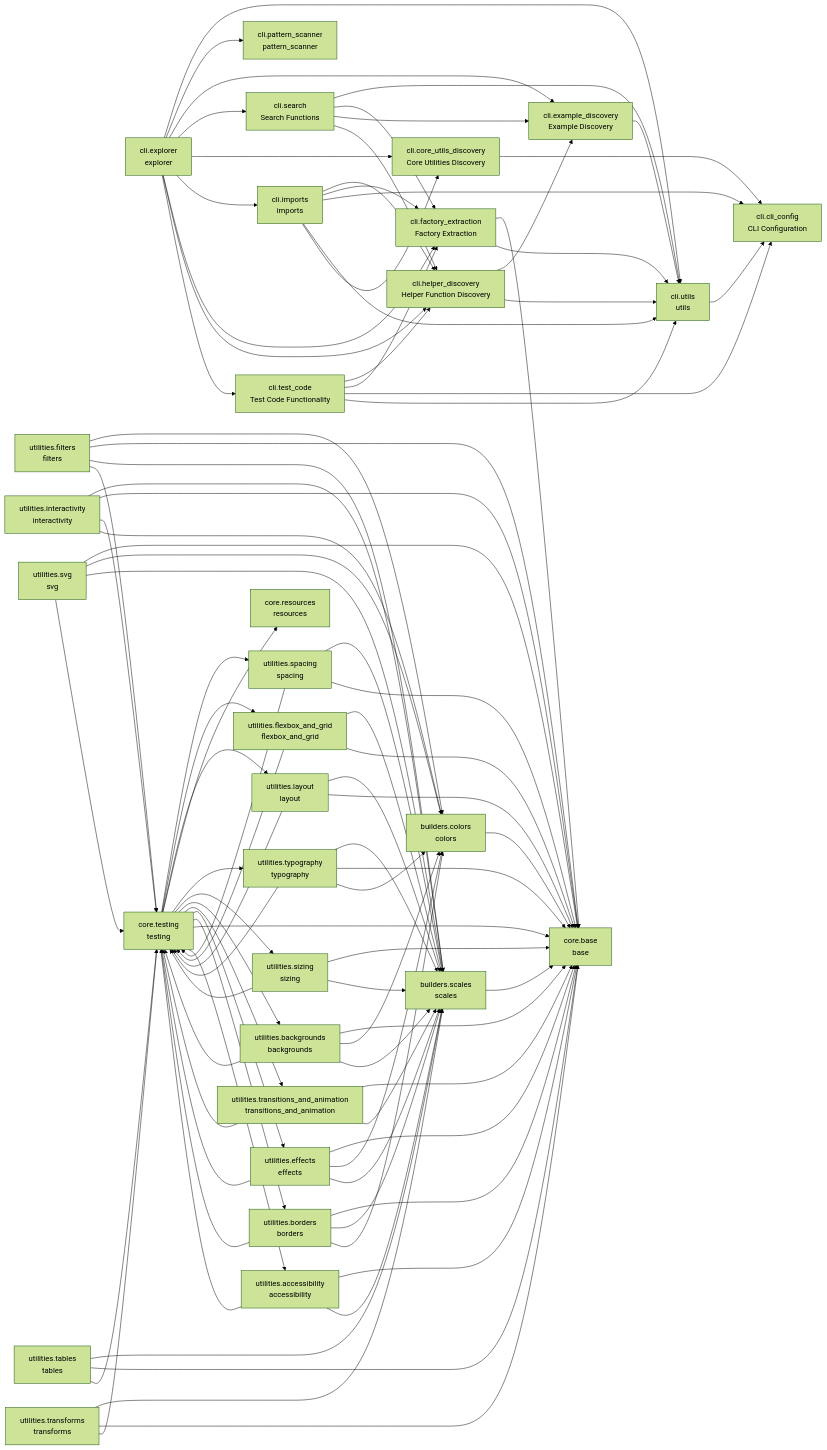
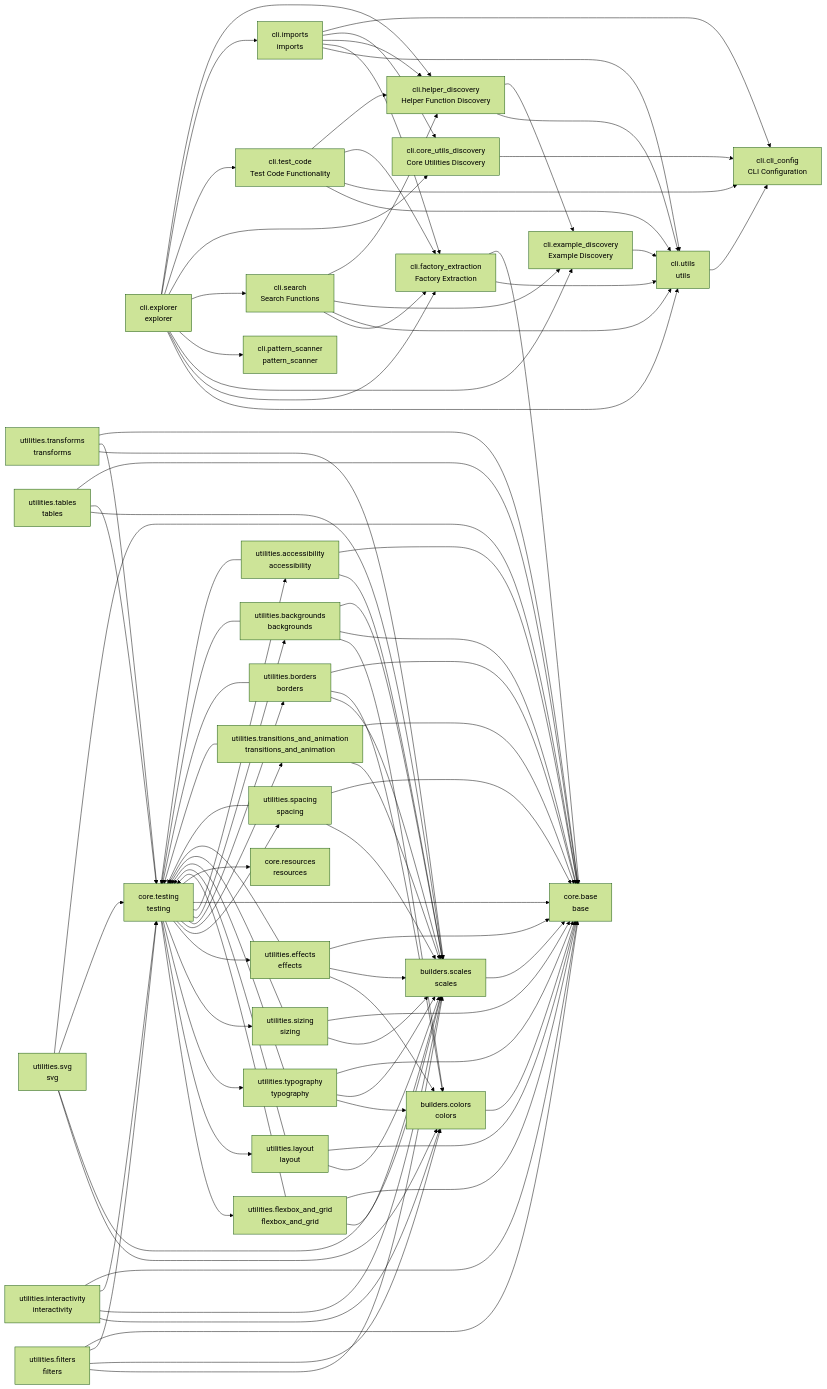
Before and after one commit to cj-mills/cjm-fasthtml-tailwind: the diagram in README.md, drawn with Mermaid (forest theme). The commit also changed other lines of this file and 5 other files, not shown here.

````diff
--- a/README.md
+++ b/README.md
@@ -91,94 +91,94 @@
     cli_core_utils_discovery --> cli_cli_config
     cli_example_discovery --> cli_utils
     cli_explorer --> cli_utils
+    cli_explorer --> cli_factory_extraction
+    cli_explorer --> cli_example_discovery
     cli_explorer --> cli_pattern_scanner
-    cli_explorer --> cli_example_discovery
     cli_explorer --> cli_search
     cli_explorer --> cli_core_utils_discovery
+    cli_explorer --> cli_test_code
     cli_explorer --> cli_imports
-    cli_explorer --> cli_factory_extraction
     cli_explorer --> cli_helper_discovery
-    cli_explorer --> cli_test_code
+    cli_factory_extraction --> cli_utils
     cli_factory_extraction --> core_base
-    cli_factory_extraction --> cli_utils
+    cli_helper_discovery --> cli_utils
     cli_helper_discovery --> cli_example_discovery
-    cli_helper_discovery --> cli_utils
+    cli_imports --> cli_utils
+    cli_imports --> cli_factory_extraction
     cli_imports --> cli_helper_discovery
-    cli_imports --> cli_factory_extraction
+    cli_imports --> cli_core_utils_discovery
     cli_imports --> cli_cli_config
-    cli_imports --> cli_utils
-    cli_imports --> cli_core_utils_discovery
+    cli_search --> cli_factory_extraction
     cli_search --> cli_utils
-    cli_search --> cli_factory_extraction
     cli_search --> cli_example_discovery
     cli_search --> cli_helper_discovery
+    cli_test_code --> cli_utils
+    cli_test_code --> cli_cli_config
+    cli_test_code --> cli_factory_extraction
     cli_test_code --> cli_helper_discovery
-    cli_test_code --> cli_factory_extraction
-    cli_test_code --> cli_cli_config
-    cli_test_code --> cli_utils
     cli_utils --> cli_cli_config
-    core_testing --> utilities_spacing
     core_testing --> utilities_flexbox_and_grid
     core_testing --> utilities_layout
-    core_testing --> core_resources
     core_testing --> utilities_typography
     core_testing --> utilities_sizing
+    core_testing --> utilities_effects
+    core_testing --> utilities_spacing
+    core_testing --> utilities_transitions_and_animation
+    core_testing --> utilities_borders
     core_testing --> utilities_backgrounds
-    core_testing --> utilities_transitions_and_animation
-    core_testing --> utilities_effects
-    core_testing --> utilities_borders
+    core_testing --> utilities_accessibility
     core_testing --> core_base
-    core_testing --> utilities_accessibility
-    utilities_accessibility --> core_base
+    core_testing --> core_resources
     utilities_accessibility --> builders_scales
     utilities_accessibility --> core_testing
-    utilities_backgrounds --> core_base
+    utilities_accessibility --> core_base
     utilities_backgrounds --> builders_colors
     utilities_backgrounds --> core_testing
+    utilities_backgrounds --> core_base
     utilities_backgrounds --> builders_scales
+    utilities_borders --> builders_scales
+    utilities_borders --> builders_colors
+    utilities_borders --> core_testing
     utilities_borders --> core_base
-    utilities_borders --> builders_scales
-    utilities_borders --> core_testing
-    utilities_borders --> builders_colors
-    utilities_effects --> core_base
     utilities_effects --> builders_colors
     utilities_effects --> builders_scales
     utilities_effects --> core_testing
+    utilities_effects --> core_base
+    utilities_filters --> builders_scales
     utilities_filters --> builders_colors
+    utilities_filters --> core_testing
     utilities_filters --> core_base
-    utilities_filters --> builders_scales
-    utilities_filters --> core_testing
     utilities_flexbox_and_grid --> builders_scales
+    utilities_flexbox_and_grid --> core_testing
     utilities_flexbox_and_grid --> core_base
-    utilities_flexbox_and_grid --> core_testing
+    utilities_interactivity --> builders_colors
     utilities_interactivity --> builders_scales
+    utilities_interactivity --> core_testing
     utilities_interactivity --> core_base
-    utilities_interactivity --> core_testing
-    utilities_interactivity --> builders_colors
     utilities_layout --> builders_scales
+    utilities_layout --> core_testing
     utilities_layout --> core_base
-    utilities_layout --> core_testing
-    utilities_sizing --> core_base
     utilities_sizing --> builders_scales
     utilities_sizing --> core_testing
+    utilities_sizing --> core_base
     utilities_spacing --> builders_scales
+    utilities_spacing --> core_testing
     utilities_spacing --> core_base
-    utilities_spacing --> core_testing
-    utilities_svg --> core_base
     utilities_svg --> builders_colors
     utilities_svg --> builders_scales
     utilities_svg --> core_testing
+    utilities_svg --> core_base
     utilities_tables --> builders_scales
+    utilities_tables --> core_testing
     utilities_tables --> core_base
-    utilities_tables --> core_testing
     utilities_transforms --> builders_scales
+    utilities_transforms --> core_testing
     utilities_transforms --> core_base
-    utilities_transforms --> core_testing
-    utilities_transitions_and_animation --> core_base
     utilities_transitions_and_animation --> builders_scales
     utilities_transitions_and_animation --> core_testing
+    utilities_transitions_and_animation --> core_base
+    utilities_typography --> builders_colors
     utilities_typography --> builders_scales
+    utilities_typography --> core_testing
     utilities_typography --> core_base
-    utilities_typography --> core_testing
-    utilities_typography --> builders_colors
 ```
````
